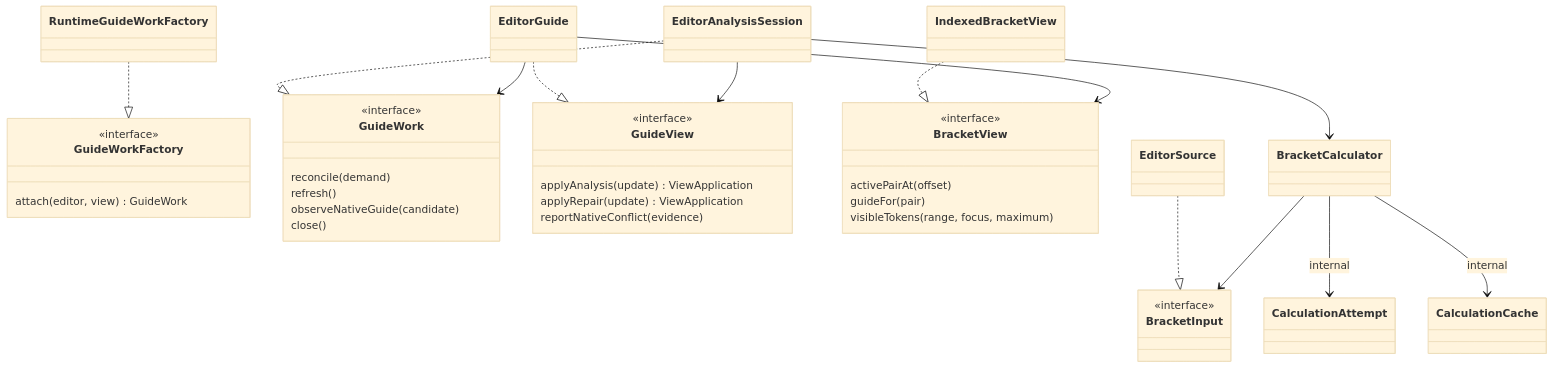
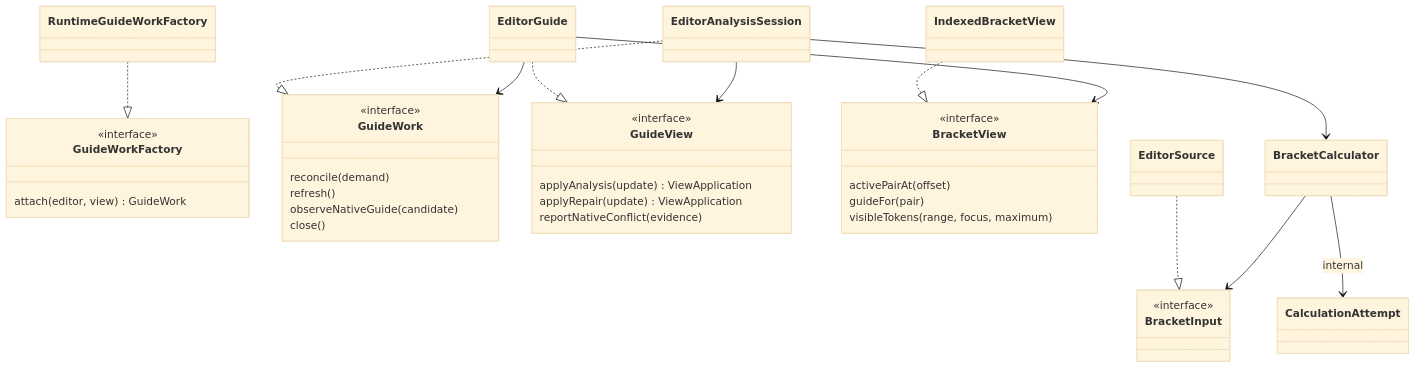
Before and after one commit to YangSiJun528/bracket-pair-guides: the second of 2 diagrams in docs/explanation_module_architecture.md, drawn with Mermaid (base theme). The commit also changed other lines of this file and 24 other files, not shown here.

````diff
--- a/docs/explanation_module_architecture.md
+++ b/docs/explanation_module_architecture.md
@@ -43,41 +43,40 @@
 ```mermaid
 classDiagram
     class GuideWorkFactory {
         <<interface>>
         attach(editor, view) GuideWork
     }
     class GuideWork {
         <<interface>>
         reconcile(demand)
         refresh()
         observeNativeGuide(candidate)
         close()
     }
     class GuideView {
         <<interface>>
         applyAnalysis(update) ViewApplication
         applyRepair(update) ViewApplication
         reportNativeConflict(evidence)
     }
     class BracketInput {
         <<interface>>
     }
     class BracketView {
         <<interface>>
         activePairAt(offset)
         guideFor(pair)
         visibleTokens(range, focus, maximum)
     }
     RuntimeGuideWorkFactory ..|> GuideWorkFactory
     EditorAnalysisSession ..|> GuideWork
     EditorGuide ..|> GuideView
     EditorGuide --> GuideWork
     EditorAnalysisSession --> GuideView
     EditorAnalysisSession --> BracketCalculator
     EditorSource ..|> BracketInput
     BracketCalculator --> BracketInput
     BracketCalculator --> CalculationAttempt : internal
-    BracketCalculator --> CalculationCache : internal
     IndexedBracketView ..|> BracketView
     EditorGuide --> BracketView
 ```
````
